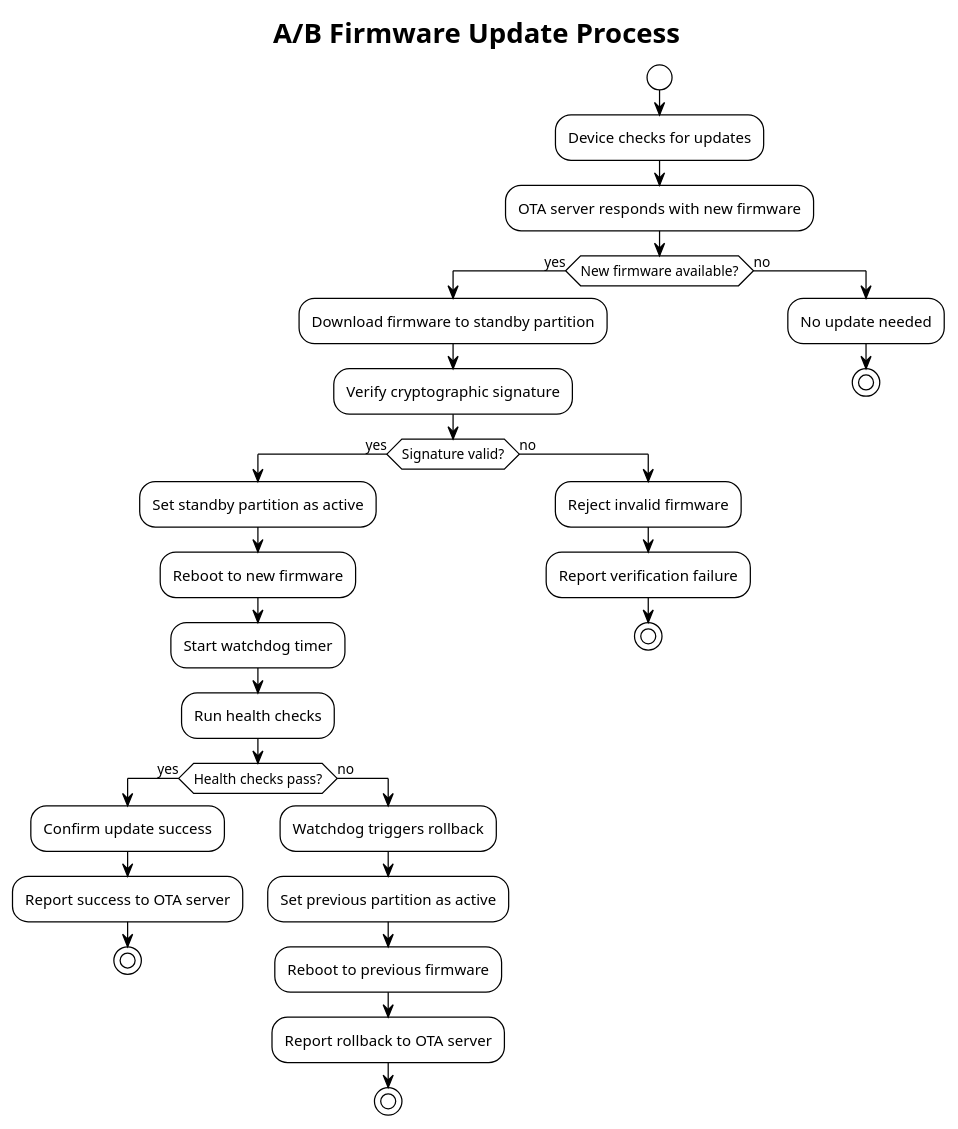
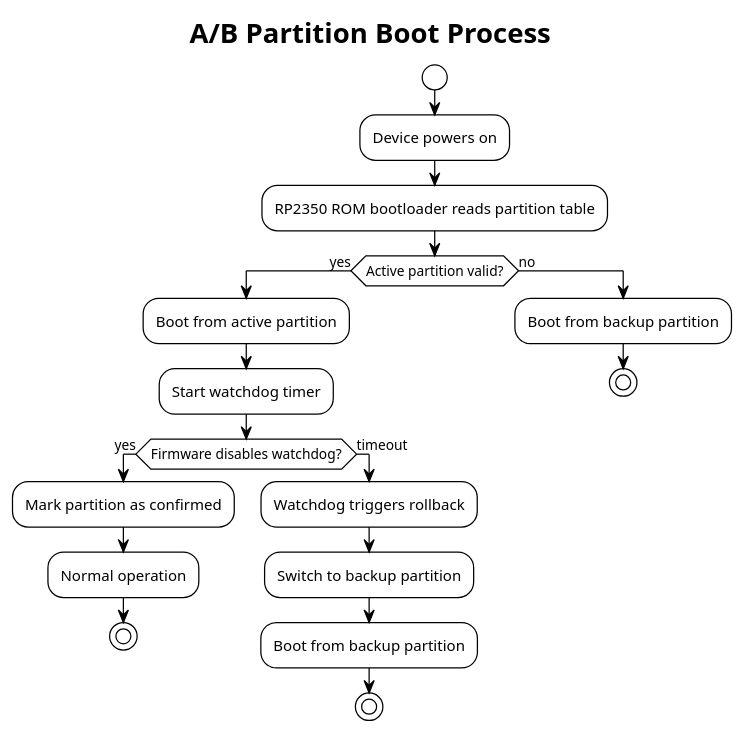
The third of 4 diagrams in docs/arc42/src/07_deployment_view.adoc (haxorsebb/UART2ETH), drawn with PlantUML before and after one commit. The commit also changed other lines of this file, not shown here.

First line of the commit message:
Implement arc42 Chapter 7: Deployment View for UART2ETH firmware pipeline

```diff
--- a/docs/arc42/src/07_deployment_view.adoc
+++ b/docs/arc42/src/07_deployment_view.adoc
@@ -376,46 +142,34 @@
-[plantuml, ab-update-flow, svg]
+[plantuml, ab-partitions, svg]
 ----
 @startuml
 !theme plain
 skinparam backgroundColor transparent
 
-title A/B Firmware Update Process
+title A/B Partition Boot Process
 
 start
 
-:Device checks for updates;
-:OTA server responds with new firmware;
+:Device powers on;
+:RP2350 ROM bootloader reads partition table;
 
-if (New firmware available?) then (yes)
-  :Download firmware to standby partition;
-  :Verify cryptographic signature;
+if (Active partition valid?) then (yes)
+  :Boot from active partition;
+  :Start watchdog timer;
   
-  if (Signature valid?) then (yes)
-    :Set standby partition as active;
-    :Reboot to new firmware;
-    :Start watchdog timer;
-    :Run health checks;
-    
-    if (Health checks pass?) then (yes)
-      :Confirm update success;
-      :Report success to OTA server;
-      stop
-    else (no)
-      :Watchdog triggers rollback;
-      :Set previous partition as active;
-      :Reboot to previous firmware;
-      :Report rollback to OTA server;
-      stop
-    endif
-  else (no)
-    :Reject invalid firmware;
-    :Report verification failure;
+  if (Firmware disables watchdog?) then (yes)
+    :Mark partition as confirmed;
+    :Normal operation;
+    stop
+  else (timeout)
+    :Watchdog triggers rollback;
+    :Switch to backup partition;
+    :Boot from backup partition;
     stop
   endif
 else (no)
-  :No update needed;
+  :Boot from backup partition;
   stop
 endif
 
 @enduml
 ----
```
